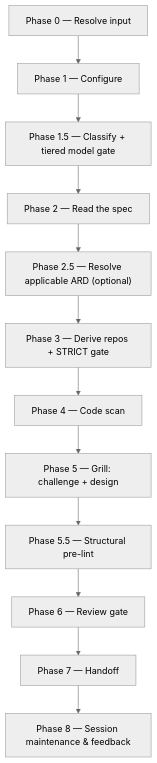
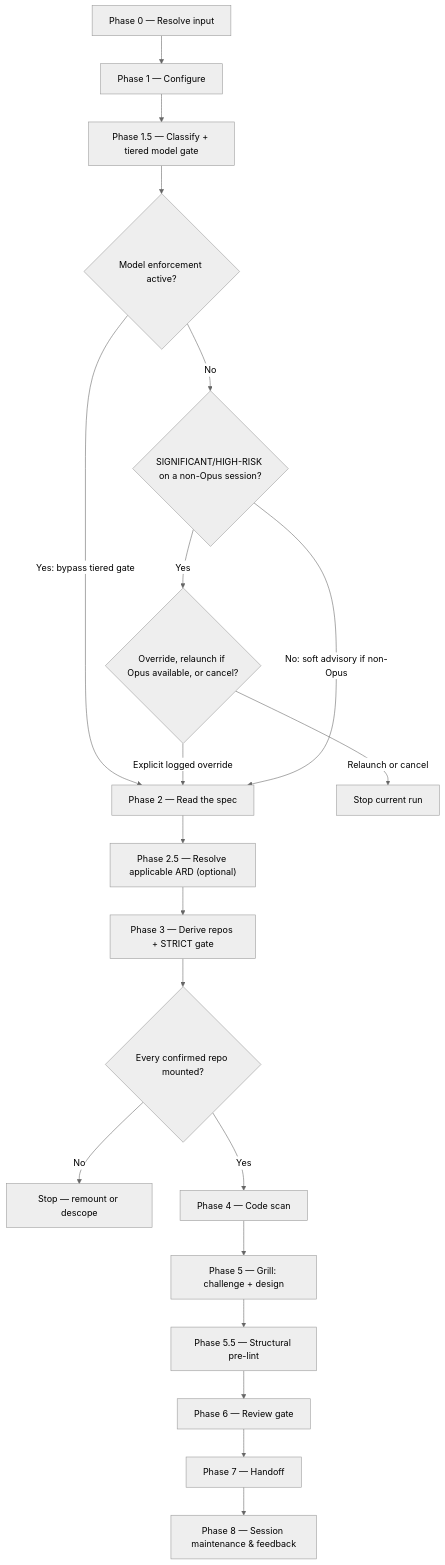
One commit to ihudak/ihudak-copilot-plugins changed the diagram in dev-workflows/docs/skills/design.md. Above: the diagram before and after it, drawn with Mermaid (neutral theme). The commit also changed other lines of this file and 20 other files, not shown here.

First line of the commit message:
fix: workflow contracts — baseliner rows, release-note gap kinds, diagrams

````diff
--- a/dev-workflows/docs/skills/design.md
+++ b/dev-workflows/docs/skills/design.md
@@ -19,14 +19,22 @@
 ```mermaid
 flowchart TD
     p0["Phase 0 — Resolve input"] --> p1["Phase 1 — Configure"]
     p1 --> p15["Phase 1.5 — Classify + tiered model gate"]
-    p15 --> p2["Phase 2 — Read the spec"]
+    p15 --> enforced{"Model enforcement active?"}
+    enforced -->|Yes: bypass tiered gate| p2["Phase 2 — Read the spec"]
+    enforced -->|No| risky{"SIGNIFICANT/HIGH-RISK on a non-Opus session?"}
+    risky -->|Yes| choice{"Override, relaunch if Opus available, or cancel?"}
+    choice -->|Explicit logged override| p2
+    choice -->|Relaunch or cancel| stop["Stop current run"]
+    risky -->|No: soft advisory if non-Opus| p2
     p2 --> p25["Phase 2.5 — Resolve applicable ARD (optional)"]
     p25 --> p3["Phase 3 — Derive repos + STRICT gate"]
-    p3 --> p4["Phase 4 — Code scan"]
+    p3 --> mounted{"Every confirmed repo mounted?"}
+    mounted -->|No| remount["Stop — remount or descope"]
+    mounted -->|Yes| p4["Phase 4 — Code scan"]
     p4 --> p5["Phase 5 — Grill: challenge + design"]
     p5 --> p55["Phase 5.5 — Structural pre-lint"]
     p55 --> p6["Phase 6 — Review gate"]
     p6 --> p7["Phase 7 — Handoff"]
     p7 --> p8["Phase 8 — Session maintenance & feedback"]
 ```
````
